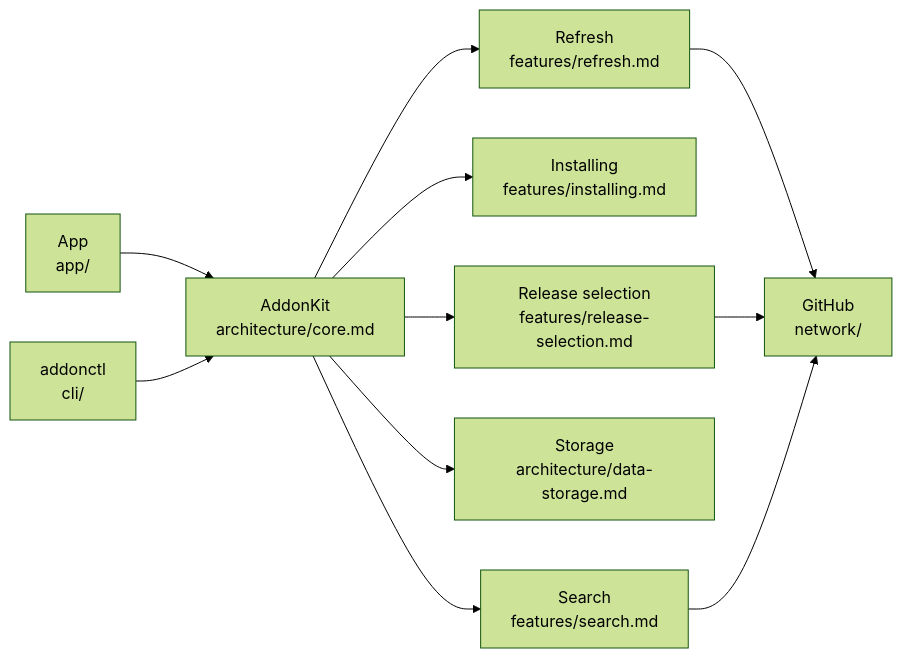
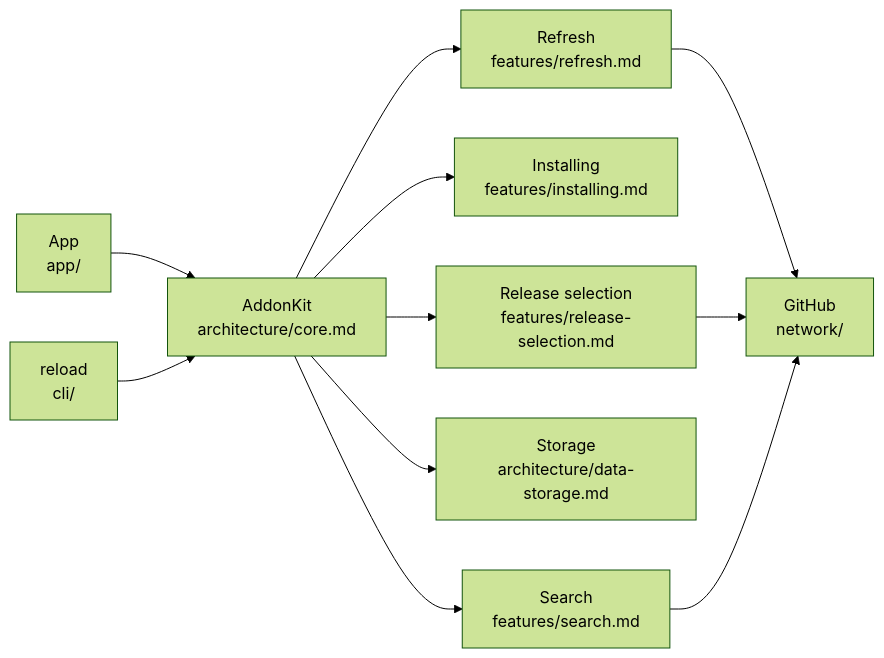
The diagram in docs/README.md (miotke/reload), drawn with Mermaid (forest theme) before and after one commit. The commit also changed other lines of this file and 210 other files, not shown here.

````diff
--- a/docs/README.md
+++ b/docs/README.md
@@ -7,13 +7,13 @@
 ```mermaid
 flowchart LR
     App[App<br/>app/] --> Core
-    CLI[addonctl<br/>cli/] --> Core
+    CLI[reload<br/>cli/] --> Core
     Core[AddonKit<br/>architecture/core.md] --> Sel[Release selection<br/>features/release-selection.md]
     Core --> Inst[Installing<br/>features/installing.md]
     Core --> S[Search<br/>features/search.md]
     Core --> Store[Storage<br/>architecture/data-storage.md]
     Core --> R[Refresh<br/>features/refresh.md]
     R --> Net
     Sel --> Net[GitHub<br/>network/]
     S --> Net
 ```
````
